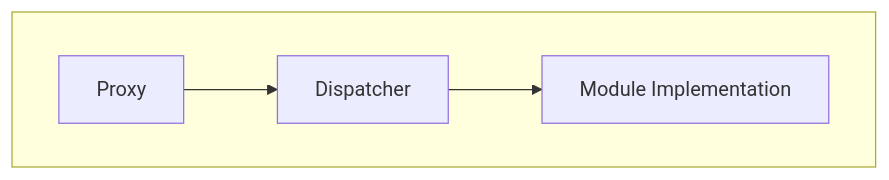
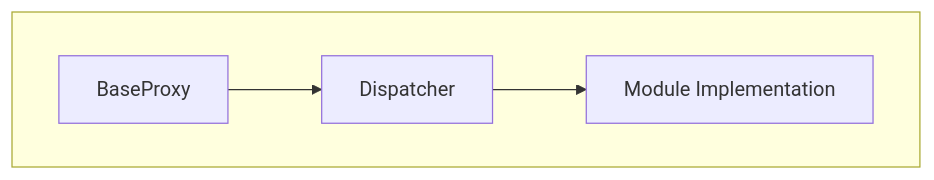
One commit to chromaxyz/reflex changed the first of 5 diagrams in docs/IMPLEMENTERS.md. Above: the diagram before and after it, drawn with Mermaid. The commit also changed other lines of this file, not shown here.

````diff
--- a/docs/IMPLEMENTERS.md
+++ b/docs/IMPLEMENTERS.md
@@ -35,7 +35,7 @@
 ```mermaid
 graph TD
   subgraph SingleProxy [ ]
-  Proxy --> Dispatcher
+  BaseProxy --> Dispatcher
   Dispatcher --> Module["Module Implementation"]
   end
 ```
````
